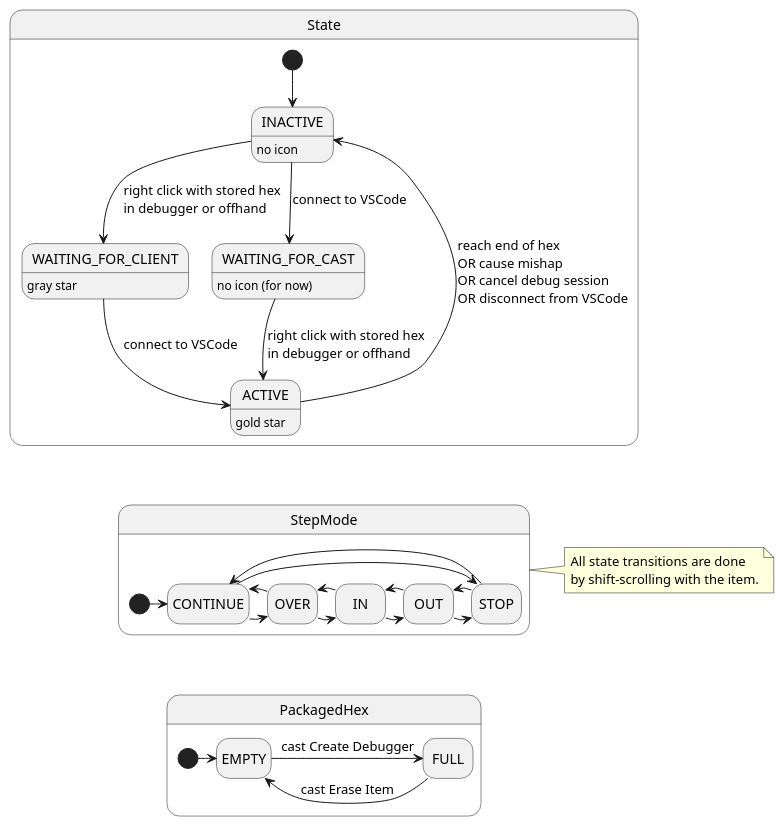
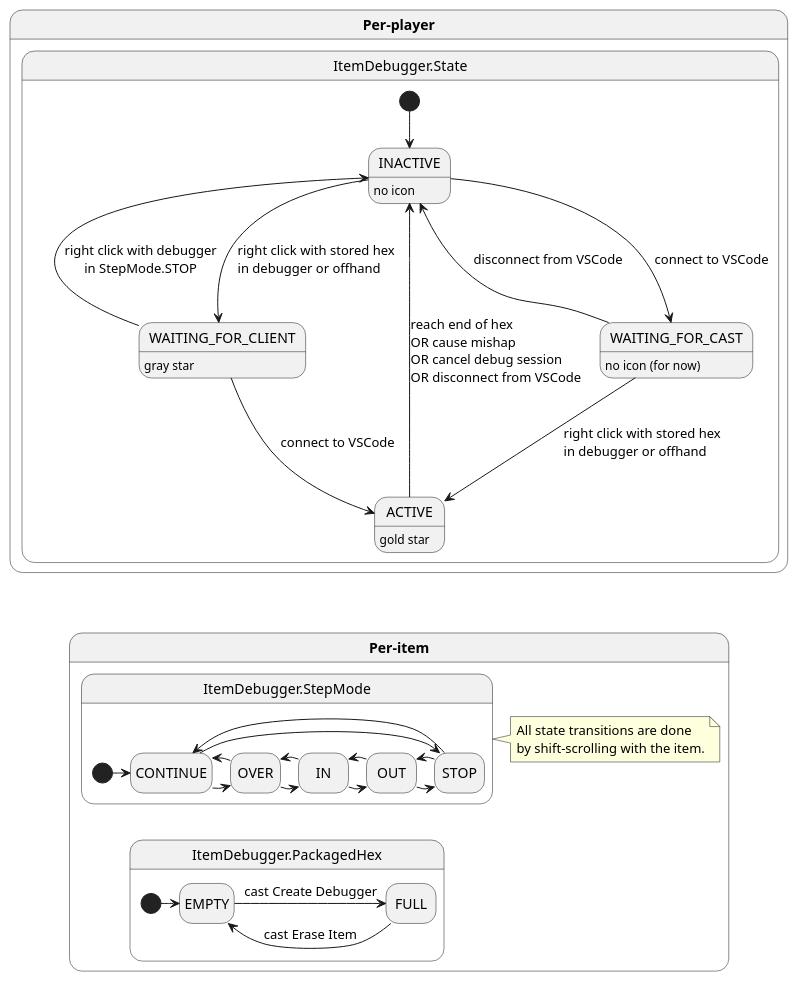
Before and after one commit to object-Object/HexDebug: the diagram in plantuml/debugger.puml, drawn with PlantUML. The commit also changed 30 other files, not shown here.

Commit message:
Keep debug client connected after casting finishes, and add Restart step mode

```diff
--- a/plantuml/debugger.puml
+++ b/plantuml/debugger.puml
@@ -1,63 +1,69 @@
 @startuml
 
 hide empty description
 
-state State {
-    [*] --> INACTIVE
+state "**Per-player**" as PerPlayer {
+    state "ItemDebugger.State" as State {
+        [*] --> INACTIVE
 
-    state INACTIVE: no icon
-    INACTIVE --> WAITING_FOR_CLIENT: right click with stored hex\t\lin debugger or offhand
-    INACTIVE --> WAITING_FOR_CAST: connect to VSCode
+        state INACTIVE: no icon
+        INACTIVE ---> WAITING_FOR_CLIENT: right click with stored hex\lin debugger or offhand
+        INACTIVE ---> WAITING_FOR_CAST: connect to VSCode
 
-    state WAITING_FOR_CLIENT: gray star
-    WAITING_FOR_CLIENT --> ACTIVE: connect to VSCode\t
+        state WAITING_FOR_CLIENT: gray star
+        WAITING_FOR_CLIENT ---> ACTIVE: connect to VSCode
+        WAITING_FOR_CLIENT -up-> INACTIVE: right click with debugger\nin StepMode.STOP
 
-    state WAITING_FOR_CAST: no icon (for now)
-    WAITING_FOR_CAST --> ACTIVE: right click with stored hex\lin debugger or offhand
+        state WAITING_FOR_CAST: no icon (for now)
+        WAITING_FOR_CAST ---> ACTIVE: right click with stored hex\lin debugger or offhand
+        WAITING_FOR_CAST --> INACTIVE: disconnect from VSCode
 
-    state ACTIVE: gold star
-    ACTIVE -up-> INACTIVE: reach end of hex\lOR cause mishap\lOR cancel debug session\lOR disconnect from VSCode
+        state ACTIVE: gold star
+        ACTIVE -up-> INACTIVE: reach end of hex\lOR cause mishap\lOR cancel debug session\lOR disconnect from VSCode
+    }
 }
 
-state StepMode {
-    [*] -> CONTINUE
+state "**Per-item**" as PerItem {
+    state "ItemDebugger.StepMode" as StepMode {
+        [*] -> CONTINUE
 
-    state CONTINUE
-    CONTINUE -> OVER
-    CONTINUE -> STOP
+        state CONTINUE
+        CONTINUE -> OVER
+        CONTINUE -> STOP
 
-    state OVER
-    OVER -> IN
-    OVER -left-> CONTINUE
+        state OVER
+        OVER -> IN
+        OVER -left-> CONTINUE
 
-    state IN
-    IN -> OUT
-    IN -left-> OVER
+        state IN
+        IN -> OUT
+        IN -left-> OVER
 
-    state OUT
-    OUT -> STOP
-    OUT -left-> IN
+        state OUT
+        OUT -> STOP
+        OUT -left-> IN
 
-    state STOP
-    STOP -left-> CONTINUE
-    STOP -left-> OUT
-}
-note right of StepMode
-    All state transitions are done
-    by shift-scrolling with the item.
-end note
+        state STOP
+        STOP -left-> CONTINUE
+        STOP -left-> OUT
+    }
+    note right of StepMode
+        All state transitions are done
+        by shift-scrolling with the item.
+    end note
 
-state PackagedHex {
-    [*] -> EMPTY
+    state "ItemDebugger.PackagedHex" as PackagedHex {
+        [*] -> EMPTY
 
-    state EMPTY
-    EMPTY -> FULL: cast Create Debugger
+        state EMPTY
+        EMPTY -> FULL: cast Create Debugger
 
-    state FULL
-    FULL -> EMPTY: \ncast Erase Item
+        state FULL
+        FULL -> EMPTY: \ncast Erase Item
+    }
 }
 
-State -[hidden]-> StepMode
+PerPlayer -[hidden]-> PerItem
 StepMode -[hidden]-> PackagedHex
 
 @enduml
```
